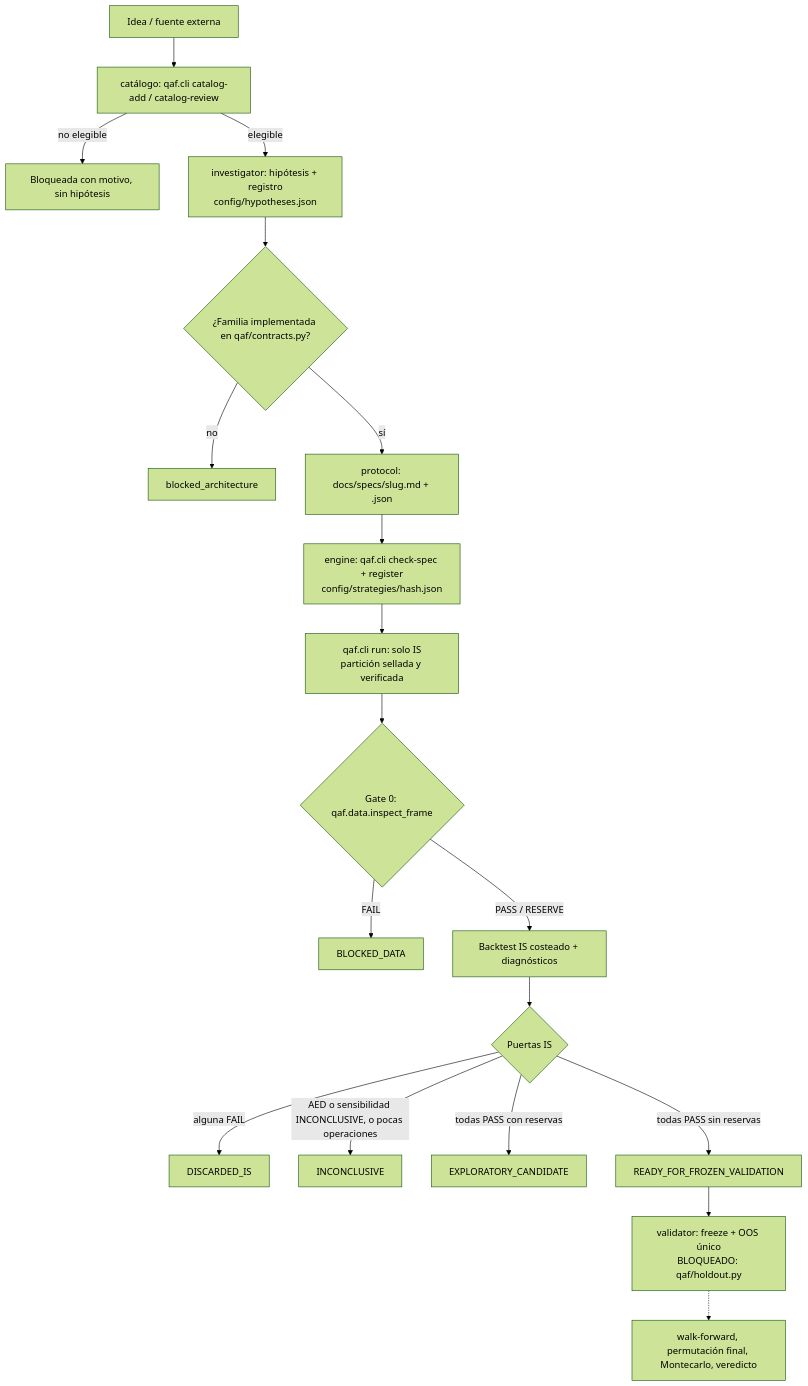
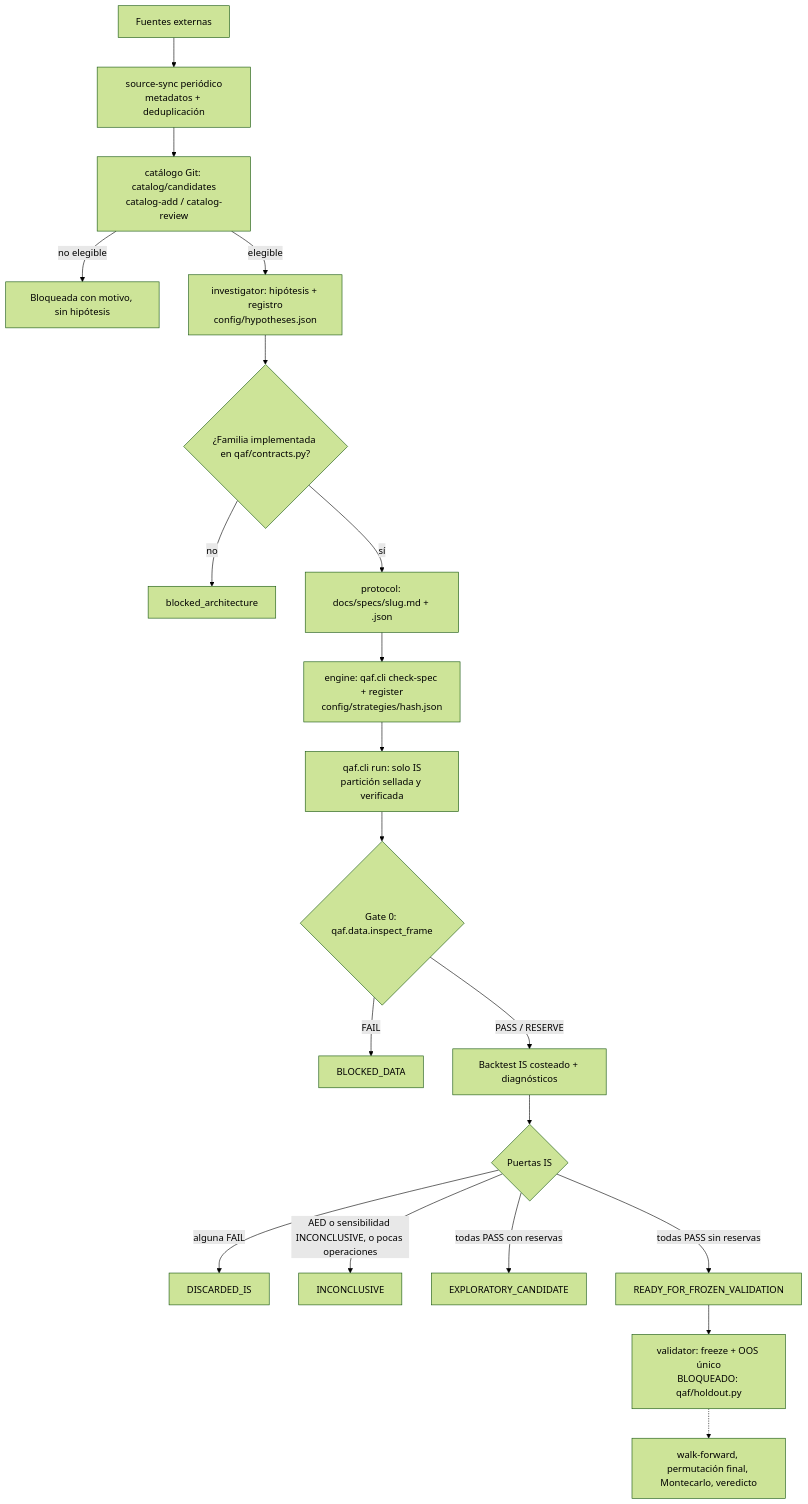
The diagram in docs/architecture.md (ac75management/QuantAgentFactory), drawn with Mermaid (forest theme) before and after one commit. The commit also changed other lines of this file and 20 other files, not shown here.

First line of the commit message:
Agrega catalogo versionado y source-sync revisado; bloquea hipotesis 007

````diff
--- a/docs/architecture.md
+++ b/docs/architecture.md
@@ -14,21 +14,22 @@
 ```mermaid
 flowchart TD
-    A[Idea / fuente externa] --> B[catálogo: qaf.cli catalog-add / catalog-review]
+    A[Fuentes externas] --> A1[source-sync periódico<br/>metadatos + deduplicación]
+    A1 --> B[catálogo Git: catalog/candidates<br/>catalog-add / catalog-review]
     B -- no elegible --> B0[Bloqueada con motivo, sin hipótesis]
     B -- elegible --> C[investigator: hipótesis + registro<br/>config/hypotheses.json]
     C --> D{¿Familia implementada en qaf/contracts.py?}
     D -- no --> D0[blocked_architecture]
     D -- sí --> E[protocol: docs/specs/slug.md + .json]
     E --> F[engine: qaf.cli check-spec + register<br/>config/strategies/hash.json]
     F --> G[qaf.cli run: solo IS<br/>partición sellada y verificada]
     G --> H{Gate 0: qaf.data.inspect_frame}
     H -- FAIL --> H0[BLOCKED_DATA]
     H -- PASS / RESERVE --> I[Backtest IS costeado + diagnósticos]
     I --> J{Puertas IS}
     J -- alguna FAIL --> J0[DISCARDED_IS]
     J -- AED o sensibilidad INCONCLUSIVE, o pocas operaciones --> J1[INCONCLUSIVE]
     J -- todas PASS con reservas --> J2[EXPLORATORY_CANDIDATE]
     J -- todas PASS sin reservas --> J3[READY_FOR_FROZEN_VALIDATION]
     J3 --> K[validator: freeze + OOS único<br/>BLOQUEADO: qaf/holdout.py]
     K -.-> L[walk-forward, permutación final, Montecarlo, veredicto]
 ```
````
